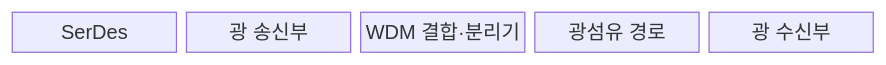
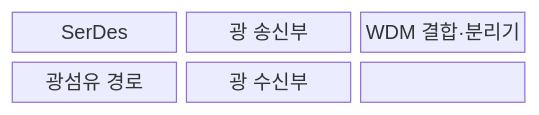
The first of 2 diagrams in src/content/docs/notes/02-hardware/089_optical_interconnect.md (agnusdei1207/knowledge-base), drawn with Mermaid before and after one commit. The commit also changed other lines of this file and 86 other files, not shown here.

````diff
--- a/src/content/docs/notes/02-hardware/089_optical_interconnect.md
+++ b/src/content/docs/notes/02-hardware/089_optical_interconnect.md
@@ -65,9 +65,11 @@
 ```mermaid
-block
-  columns 5
+block-beta
+  columns 3
   S["SerDes"]
   T["광 송신부"]
   W["WDM 결합·분리기"]
   F["광섬유 경로"]
   R["광 수신부"]
+  S --- T --- W
+  W --- F --- R
 ```
````
